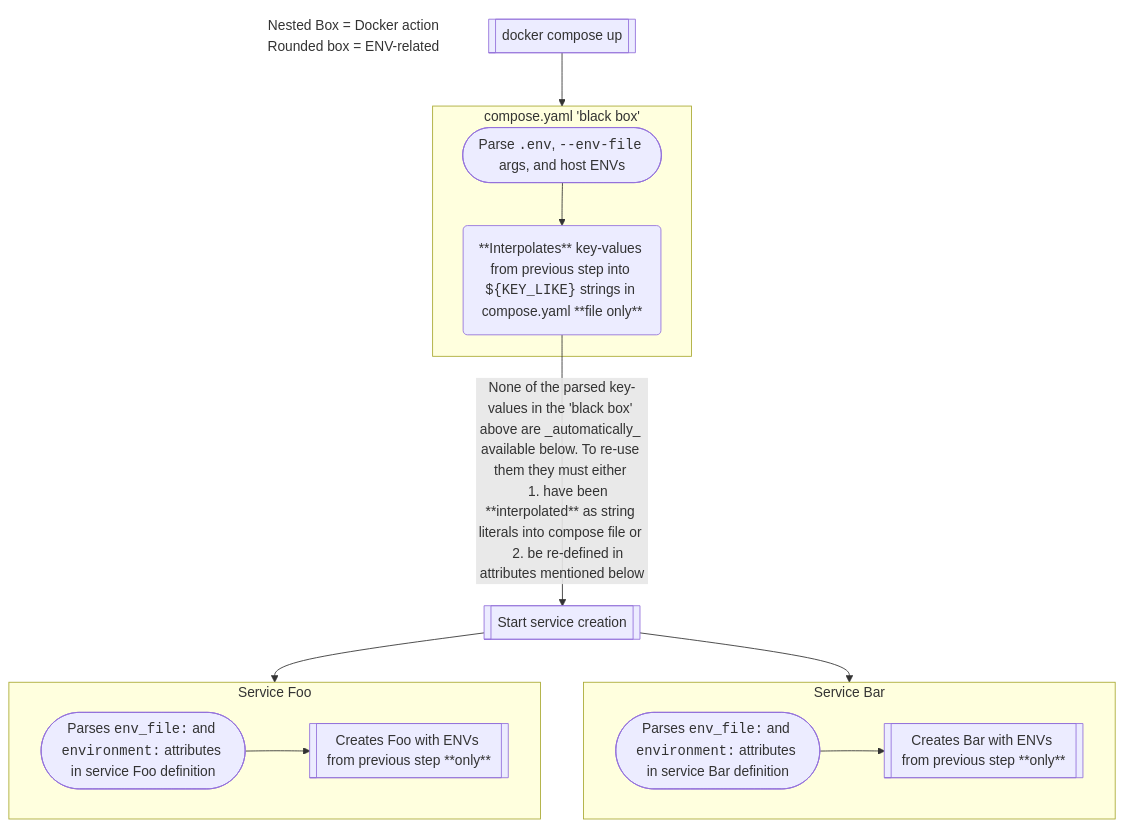
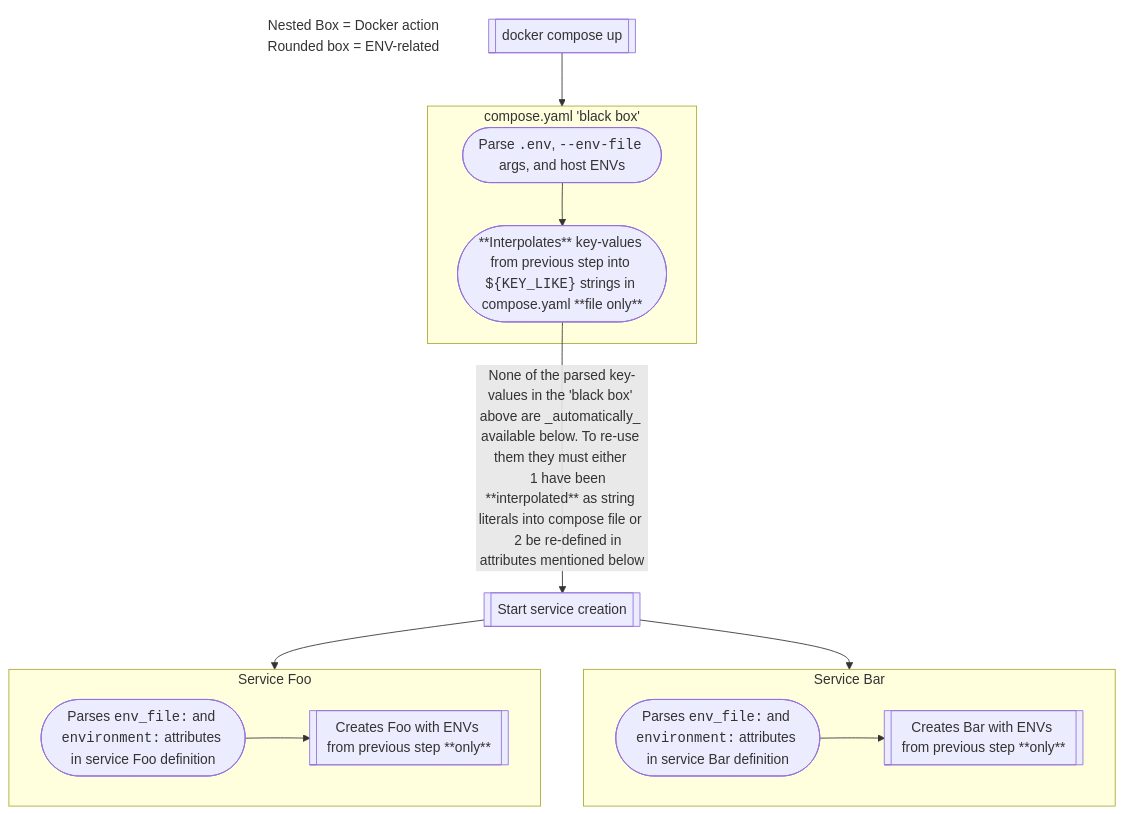
Before and after one commit to FoxxMD/blog: the first of 2 diagrams in _posts/2025-04-03-compose-envs-explained.md, drawn with Mermaid. The commit also changed other lines of this file, not shown here.

Commit message:
feat: compose env explainer

````diff
--- a/_posts/2025-04-03-compose-envs-explained.md
+++ b/_posts/2025-04-03-compose-envs-explained.md
@@ -14,22 +25,22 @@
 ```mermaid
 flowchart TD
 
  Z@{ shape: text, label: "Nested Box = Docker action
  Rounded box = ENV-related" }
 
     A[[docker compose up]] --> dockerenv
     subgraph dockerenv [compose.yaml 'black box']
-    Par(["Parse <code>.env</code>, <code>--env-file</code> args, and host ENVs"]) --> B("**Interpolates** key-values from previous step into <code>${KEY_LIKE}</code> strings in compose.yaml **file only**")
+    Par(["Parse <code>.env</code>, <code>--env-file</code> args, and host ENVs"]) --> B(["**Interpolates** key-values from previous step into <code>${KEY_LIKE}</code> strings in compose.yaml **file only**"])
     end
     B -->|"None of the parsed key-values in the 'black box' above are _automatically_ available below. To re-use them they must either 
-    1. have been **interpolated** as string literals into compose file or 
-    2. be re-defined in attributes mentioned below"| C
+    1 have been **interpolated** as string literals into compose file or 
+    2 be re-defined in attributes mentioned below"| C
     C[[Start service creation]] --> servicefoo
     C --> servicebar
     subgraph servicefoo [Service Foo]
     fooenv(["Parses <code>env_file:</code> and <code>environment:</code> attributes in service Foo definition"]) --> D[[Creates Foo with ENVs from previous step **only**]]
     end
     subgraph servicebar [Service Bar]
     barenv(["Parses <code>env_file:</code> and <code>environment:</code> attributes in service Bar definition"]) --> barser[[Creates Bar with ENVs from previous step **only**]]
     end
 ```
````
